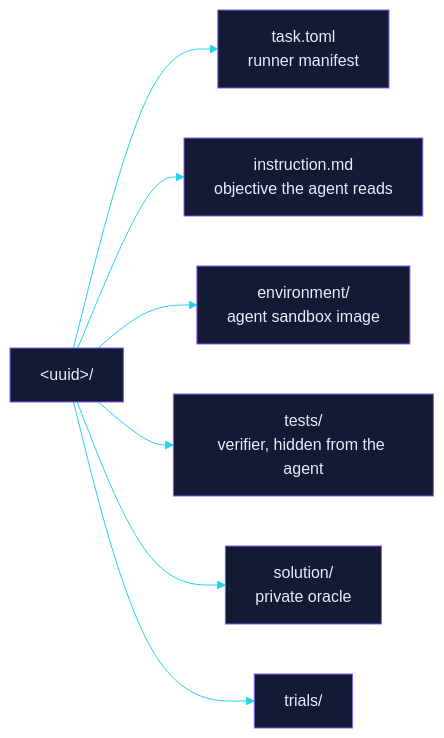
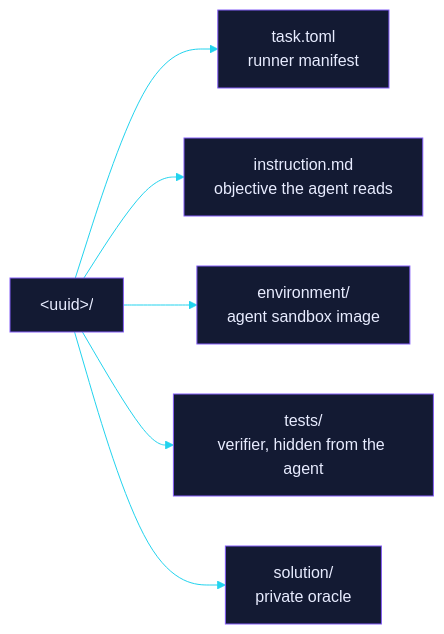
Before and after one commit to EtharaLabs/mirage-samples: the second of 2 diagrams in README.md, drawn with Mermaid. The commit also changed other lines of this file, not shown here.

````diff
--- a/README.md
+++ b/README.md
@@ -76,11 +104,10 @@
 ```mermaid
 %%{init: {"theme":"base","themeVariables":{"primaryColor":"#131a33","primaryTextColor":"#e8ecff","primaryBorderColor":"#845EF7","lineColor":"#22d3ee","fontFamily":"monospace"}}}%%
 flowchart LR
     bundle["&lt;uuid&gt;/"]
     bundle --> n0["task.toml<br/>runner manifest"]
     bundle --> n1["instruction.md<br/>objective the agent reads"]
     bundle --> n2["environment/<br/>agent sandbox image"]
     bundle --> n3["tests/<br/>verifier, hidden from the agent"]
     bundle --> n4["solution/<br/>private oracle"]
-    bundle --> n5["trials/"]
 ```
````
